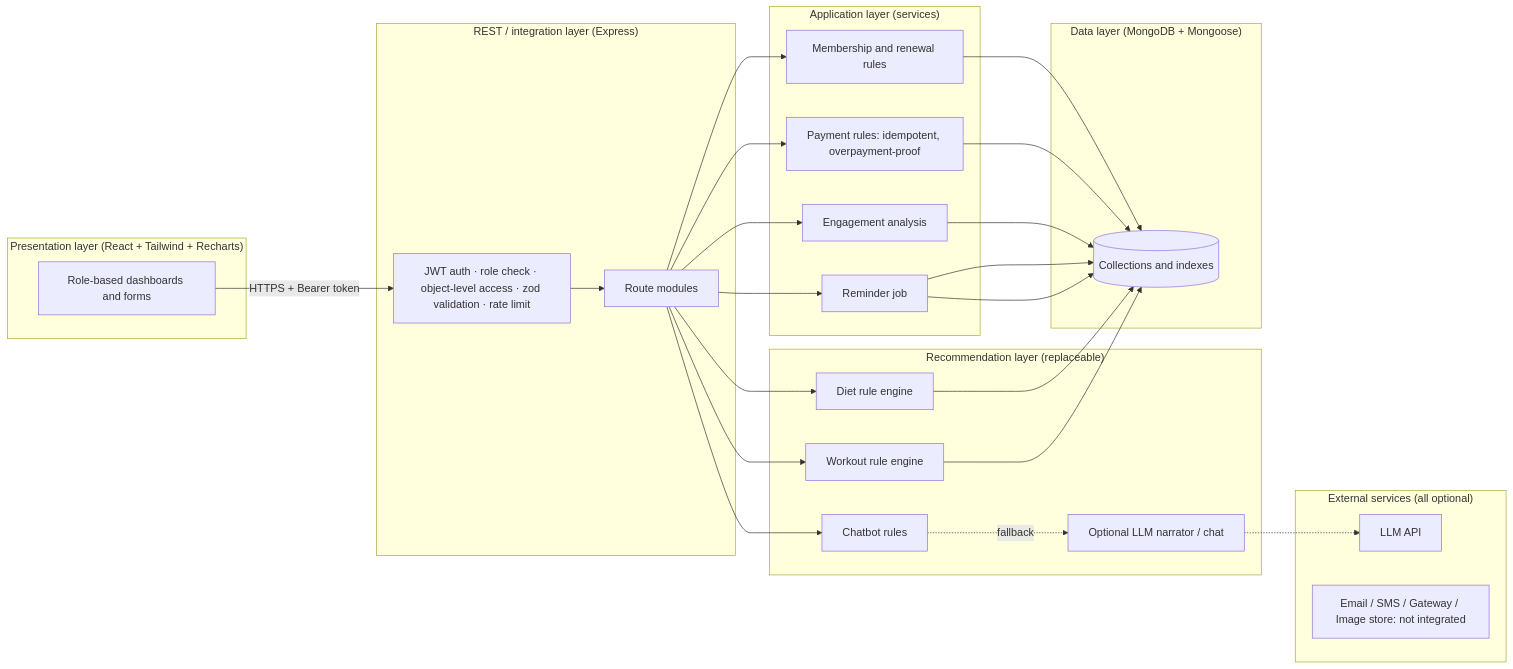
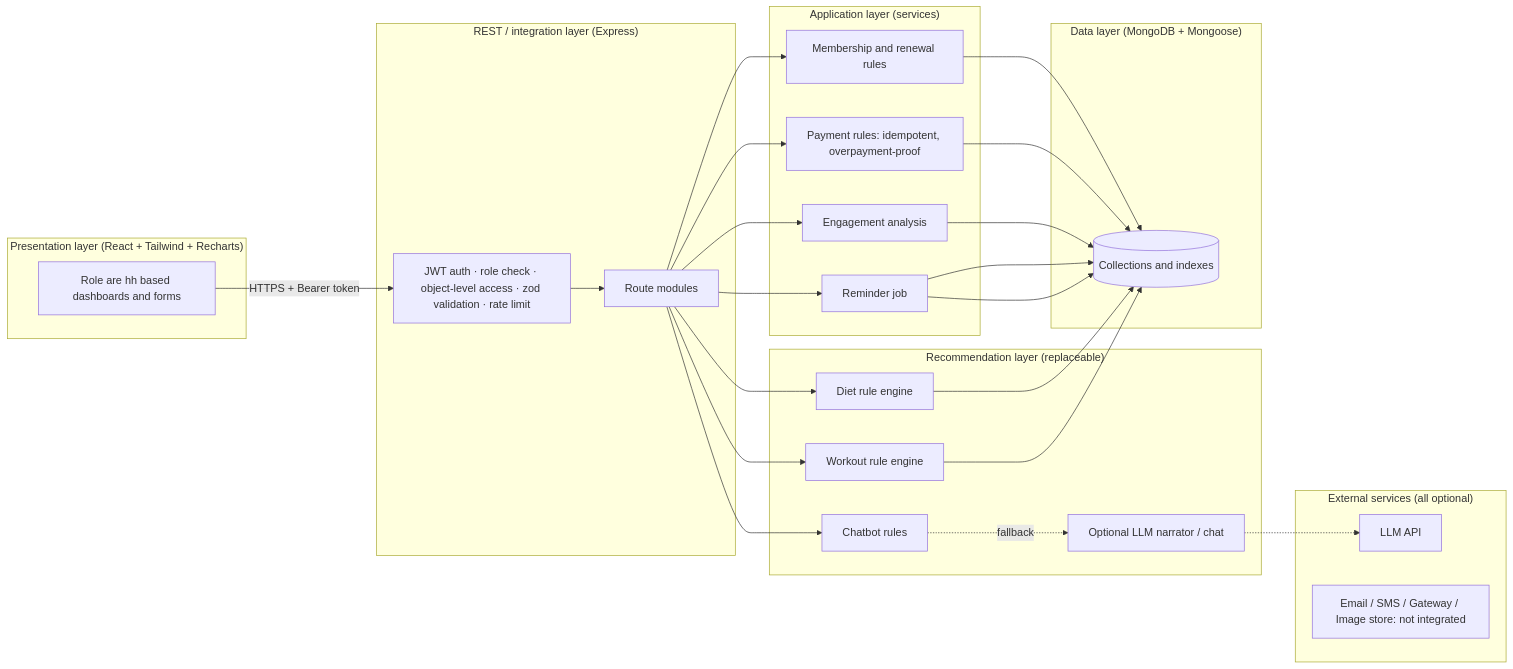
One commit to Sairaj1501/smart-gym changed the first of 3 diagrams in docs/ARCHITECTURE.md. Above: the diagram before and after it, drawn with Mermaid.

Commit message:
fix: correct typo in architecture documentation

````diff
--- a/docs/ARCHITECTURE.md
+++ b/docs/ARCHITECTURE.md
@@ -5,34 +5,34 @@
 ```mermaid
 flowchart LR
   subgraph Presentation["Presentation layer (React + Tailwind + Recharts)"]
-    UI[Role-based dashboards and forms]
+    UI[Role are hh based dashboards and forms]
   end
   subgraph API["REST / integration layer (Express)"]
     MW[JWT auth · role check · object-level access · zod validation · rate limit]
     R[Route modules]
   end
   subgraph App["Application layer (services)"]
     MS[Membership and renewal rules]
     PS[Payment rules: idempotent, overpayment-proof]
     ES[Engagement analysis]
     RM[Reminder job]
   end
   subgraph AI["Recommendation layer (replaceable)"]
     DE[Diet rule engine]
     WE[Workout rule engine]
     CB[Chatbot rules]
     LLM[Optional LLM narrator / chat]
   end
   subgraph Data["Data layer (MongoDB + Mongoose)"]
     DB[(Collections and indexes)]
   end
   subgraph Ext["External services (all optional)"]
     A[LLM API]
     X[Email / SMS / Gateway / Image store: not integrated]
   end
   UI -->|HTTPS + Bearer token| MW --> R --> MS & PS & ES & RM
   R --> DE & WE & CB
   CB -.fallback.-> LLM -.-> A
   MS & PS & ES & RM & DE & WE --> DB
   RM --> DB
 ```
````
